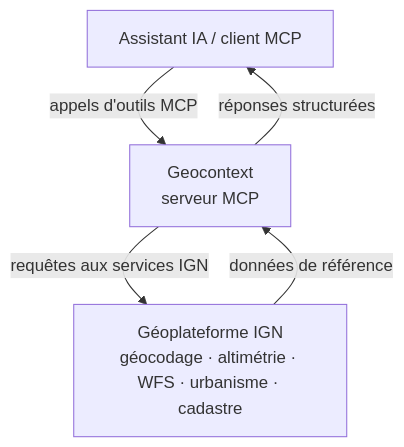
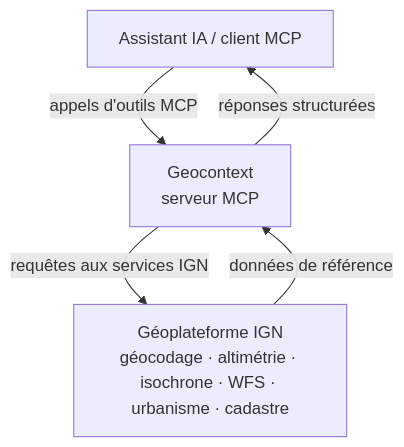
One commit to ignfab/geocontext changed the diagram in README.md. Above: the diagram before and after it, drawn with Mermaid. The commit also changed other lines of this file and 9 other files, not shown here.

````diff
--- a/README.md
+++ b/README.md
@@ -193,11 +194,11 @@
 ```mermaid
 flowchart TB
     assistant["Assistant IA / client MCP"]
     geocontext["Geocontext<br/>serveur MCP"]
-    geopf["Géoplateforme IGN<br/>géocodage · altimétrie · WFS · urbanisme · cadastre"]
+    geopf["Géoplateforme IGN<br/>géocodage · altimétrie · isochrone · WFS · urbanisme · cadastre"]
 
     assistant -->|"appels d'outils MCP"| geocontext
     geocontext -->|"requêtes aux services IGN"| geopf
     geopf -->|"données de référence"| geocontext
     geocontext -->|"réponses structurées"| assistant
 ```
````
